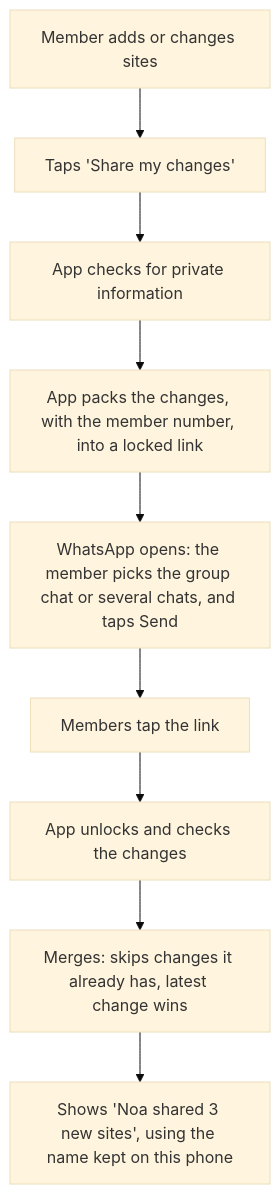
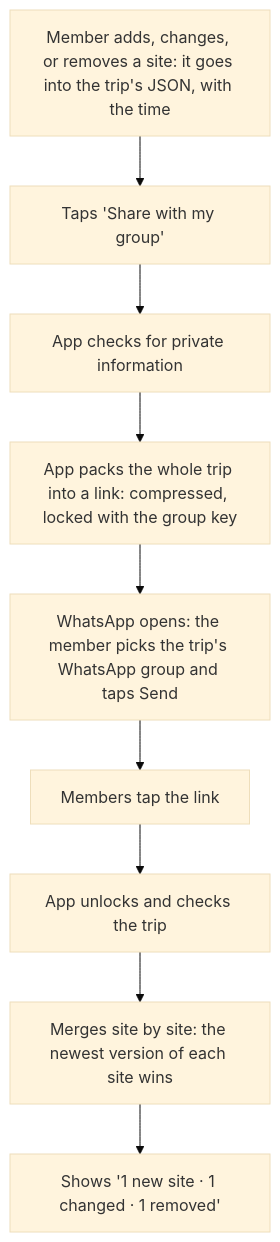
The third of 3 diagrams in docs/DESIGN.md (projects-rs/trip-map), drawn with Mermaid (base theme) before and after one commit. The commit also changed other lines of this file and 3 other files, not shown here.

````diff
--- a/docs/DESIGN.md
+++ b/docs/DESIGN.md
@@ -768,11 +1048,11 @@
 ```mermaid
 flowchart TD
-    A[Member adds or changes sites] --> B[Taps 'Share my changes']
-    B --> C[App checks for private information]
-    C --> D[App packs the changes, with the member number, into a locked link]
-    D --> E[WhatsApp opens: the member picks the group chat or several chats, and taps Send]
-    E --> F[Members tap the link]
-    F --> G[App unlocks and checks the changes]
-    G --> H[Merges: skips changes it already has, latest change wins]
-    H --> I[Shows 'Noa shared 3 new sites', using the name kept on this phone]
+    A["Member adds, changes, or removes a site: it goes into the trip's JSON, with the time"] --> B["Taps 'Share with my group'"]
+    B --> C["App checks for private information"]
+    C --> D["App packs the whole trip into a link: compressed, locked with the group key"]
+    D --> E["WhatsApp opens: the member picks the trip's WhatsApp group and taps Send"]
+    E --> F["Members tap the link"]
+    F --> G["App unlocks and checks the trip"]
+    G --> H["Merges site by site: the newest version of each site wins"]
+    H --> I["Shows '1 new site · 1 changed · 1 removed'"]
 ```
````
